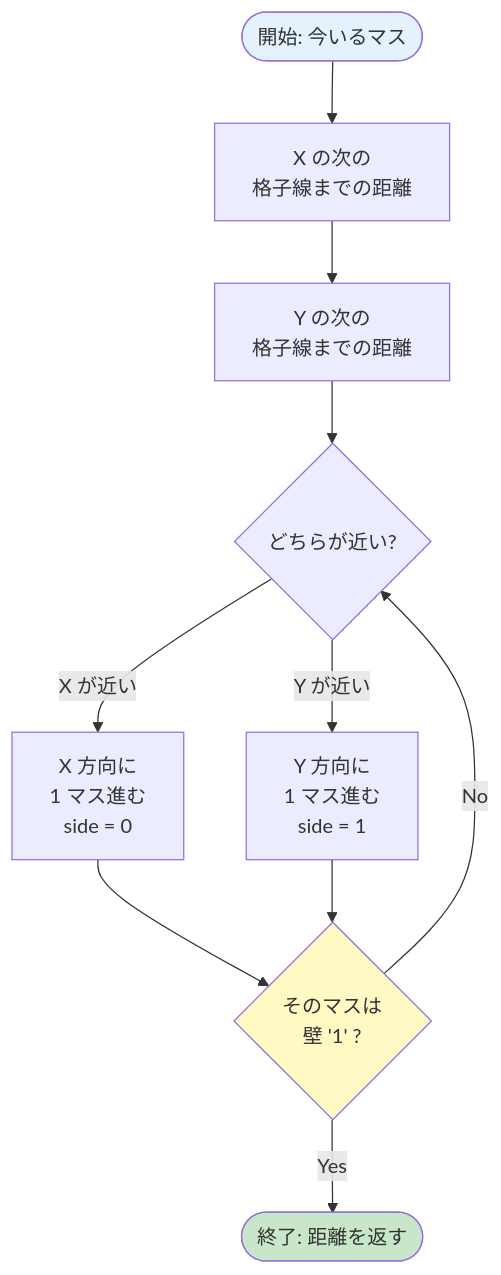
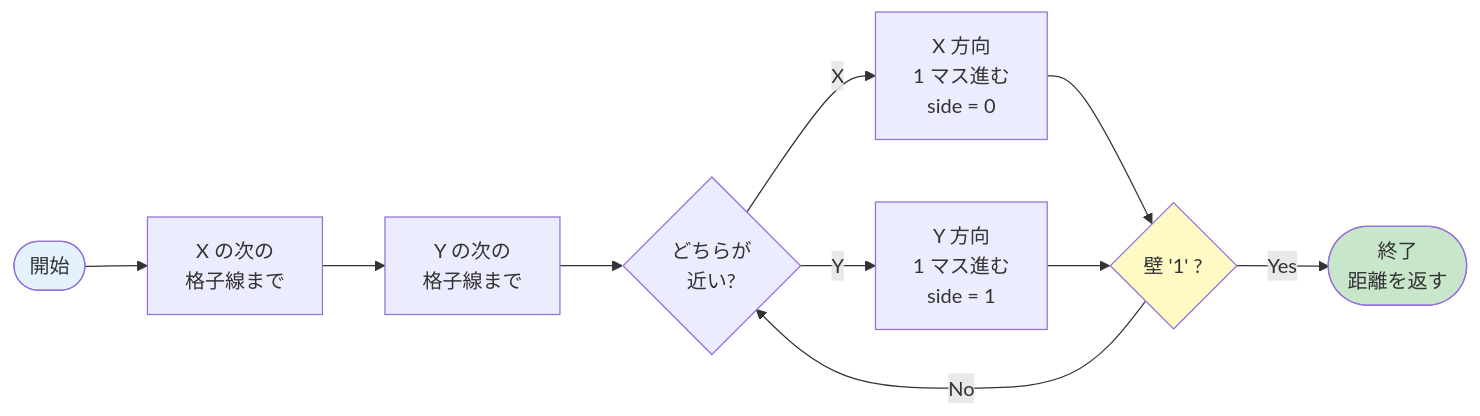
The third of 4 diagrams in docs/04-dda.md (Tsunanko/cub3d-guide), drawn with Mermaid before and after one commit. The commit also changed other lines of this file and 6 other files, not shown here.

First line of the commit message:
Make Mermaid diagrams fill viewport width and convert vertical flowcharts to horizontal

````diff
--- a/docs/04-dda.md
+++ b/docs/04-dda.md
@@ -72,16 +72,12 @@
 ```mermaid
-flowchart TD
-    Start([開始: 今いるマス]) --> CalcX[X の次の<br>格子線までの距離]
-    CalcX --> CalcY[Y の次の<br>格子線までの距離]
-    CalcY --> Compare{どちらが近い?}
-    Compare -- X が近い --> StepX[X 方向に<br>1 マス進む<br>side = 0]
-    Compare -- Y が近い --> StepY[Y 方向に<br>1 マス進む<br>side = 1]
-    StepX --> Check{そのマスは<br>壁 '1' ?}
-    StepY --> Check
-    Check -- Yes --> End([終了: 距離を返す])
-    Check -- No --> Compare
+flowchart LR
+    Start([開始]) --> CalcX[X の次の<br>格子線まで] --> CalcY[Y の次の<br>格子線まで] --> Compare{どちらが<br>近い?}
+    Compare -->|X| StepX[X 方向<br>1 マス進む<br>side = 0] --> Check{壁 '1' ?}
+    Compare -->|Y| StepY[Y 方向<br>1 マス進む<br>side = 1] --> Check
+    Check -->|Yes| End([終了<br>距離を返す])
+    Check -->|No| Compare
 
     style Start fill:#E3F2FD
     style End fill:#C8E6C9
     style Check fill:#FFF9C4
 ```
````
